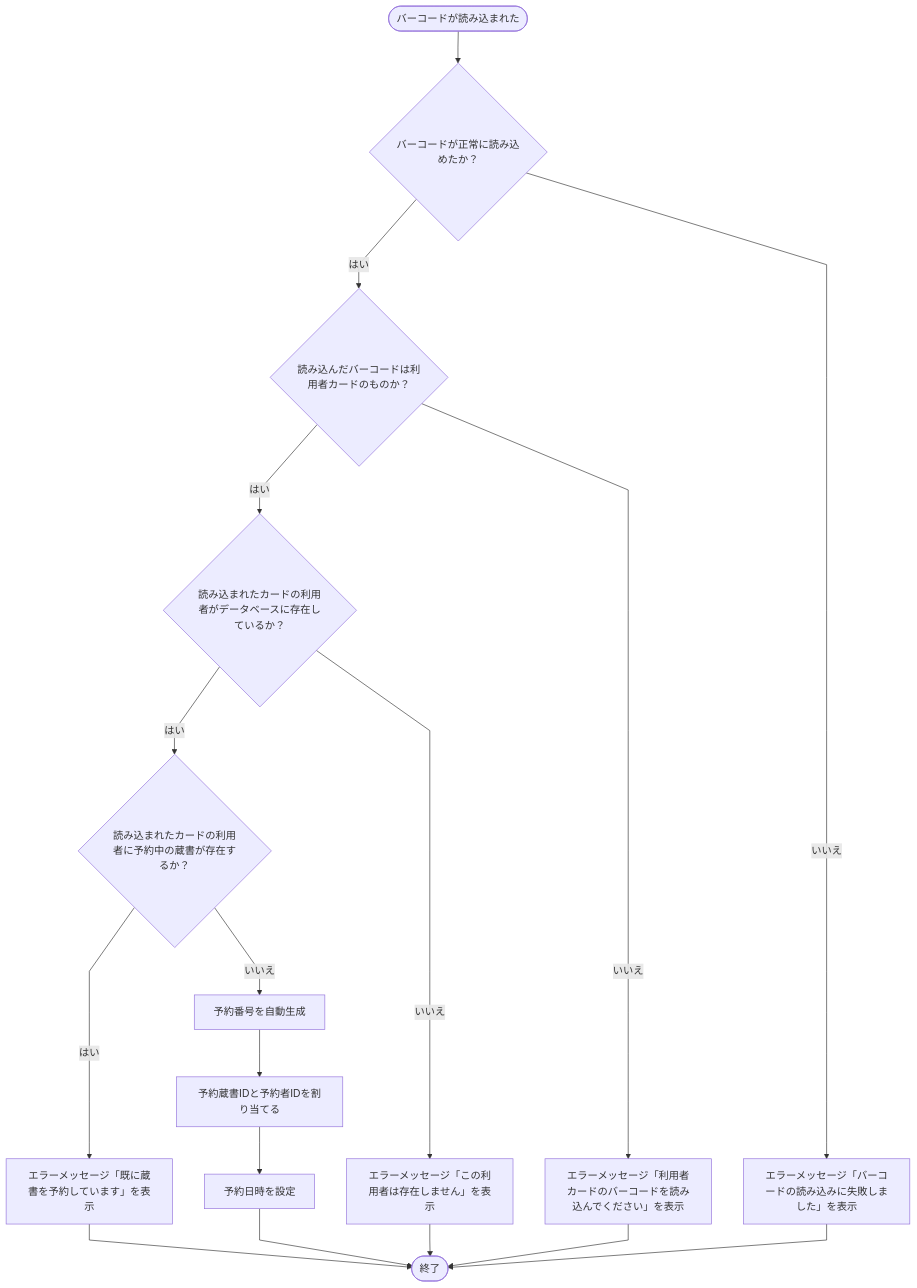
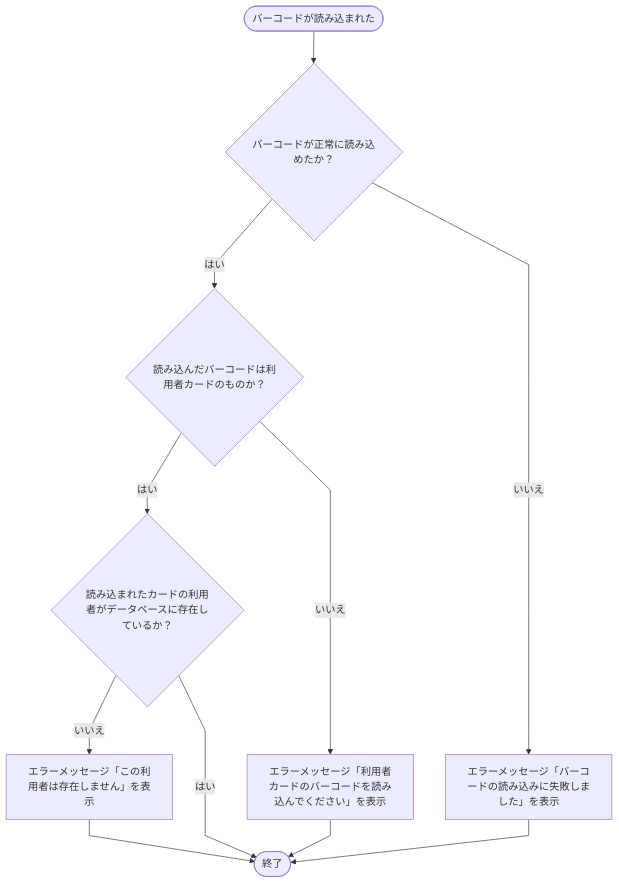
One commit to rs002421-creator/- changed diagram 19 of 21 in 詳細設計書/7班/mermaid.md. Above: the diagram before and after it, drawn with Mermaid. The commit also changed other lines of this file, not shown here.

Commit message:
バーコード読み込みポップアップ完了

````diff
--- a/詳細設計書/7班/mermaid.md
+++ b/詳細設計書/7班/mermaid.md
@@ -440,27 +440,19 @@
 ```mermaid
 %%{init: {'flowchart': {'curve': 'linear'}}}%%
 flowchart TD
 
 A([バーコードが読み込まれた]) --> B{バーコードが正常に読み込めたか？}
 
 B --> |はい|C{読み込んだバーコードは利用者カードのものか？}
 B --> |いいえ|D[エラーメッセージ「バーコードの読み込みに失敗しました」を表示]
 
 C --> |はい|E{読み込まれたカードの利用者がデータベースに存在しているか？}
 C --> |いいえ|F[エラーメッセージ「利用者カードのバーコードを読み込んでください」を表示]
 
-E --> |はい|G{読み込まれたカードの利用者に予約中の蔵書が存在するか？}
-E --> |いいえ|H[エラーメッセージ「この利用者は存在しません」を表示]
+E --> |いいえ|G[エラーメッセージ「この利用者は存在しません」を表示]
+E --> |はい|H([終了])
 
-G --> |はい|I[エラーメッセージ「既に蔵書を予約しています」を表示]
-G --> |いいえ|J[予約番号を自動生成]
-
-J --> K[予約蔵書IDと予約者IDを割り当てる]
-K --> L[予約日時を設定]
-
-L --> M([終了])
-D --> M
-F --> M
-H --> M
-I --> M
+G --> H
+D --> H
+F --> H
 ```
````
